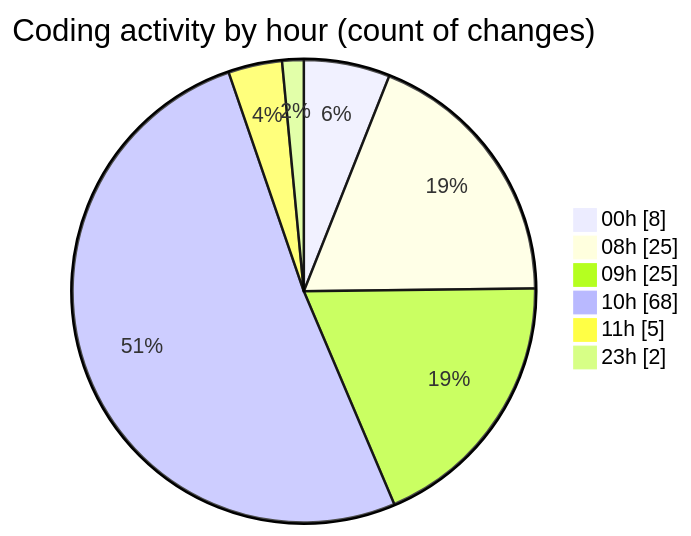
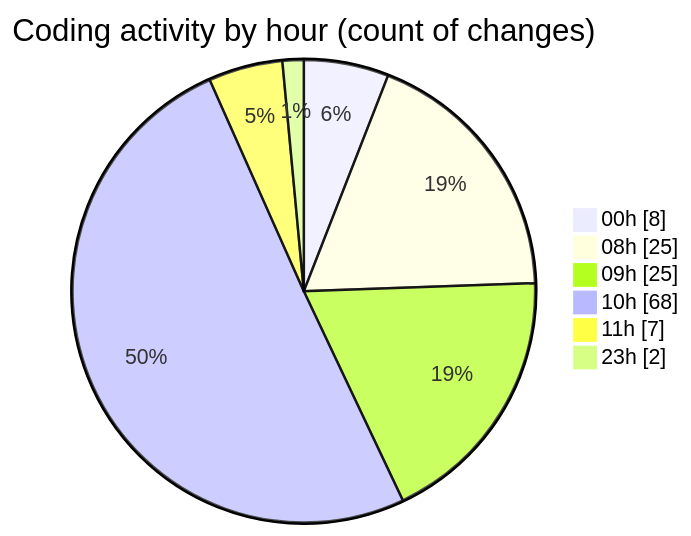
One commit to EIIisD/code-tracking changed the second of 2 diagrams in 2025-08-13/ribbon/README.md. Above: the diagram before and after it, drawn with Mermaid. The commit also changed other lines of this file and 1 other file, not shown here.

````diff
--- a/2025-08-13/ribbon/README.md
+++ b/2025-08-13/ribbon/README.md
@@ -40,10 +40,10 @@
 ```mermaid
 pie showData
 title Coding activity by hour (count of changes)
 "00h" : 8
 "08h" : 25
 "09h" : 25
 "10h" : 68
-"11h" : 5
+"11h" : 7
 "23h" : 2
 ```
````
